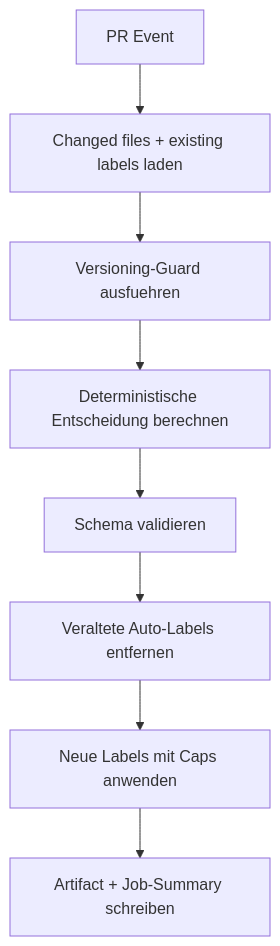
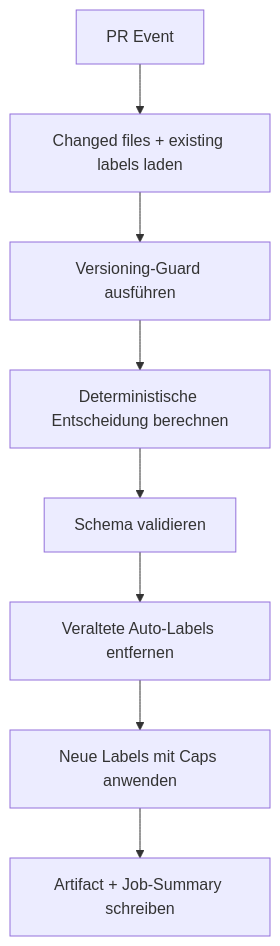
Before and after one commit to tomtastisch/FileClassifier: the first of 4 diagrams in docs/versioning/004_POLICY_LABELING.MD, drawn with Mermaid. The commit also changed other lines of this file and 222 other files, not shown here.

````diff
--- a/docs/versioning/004_POLICY_LABELING.MD
+++ b/docs/versioning/004_POLICY_LABELING.MD
@@ -50,10 +50,10 @@
 ```mermaid
 flowchart TD
   A["PR Event"] --> B["Changed files + existing labels laden"]
-  B --> C["Versioning-Guard ausfuehren"]
+  B --> C["Versioning-Guard ausführen"]
   C --> D["Deterministische Entscheidung berechnen"]
   D --> E["Schema validieren"]
   E --> F["Veraltete Auto-Labels entfernen"]
   F --> G["Neue Labels mit Caps anwenden"]
   G --> H["Artifact + Job-Summary schreiben"]
 ```
````
